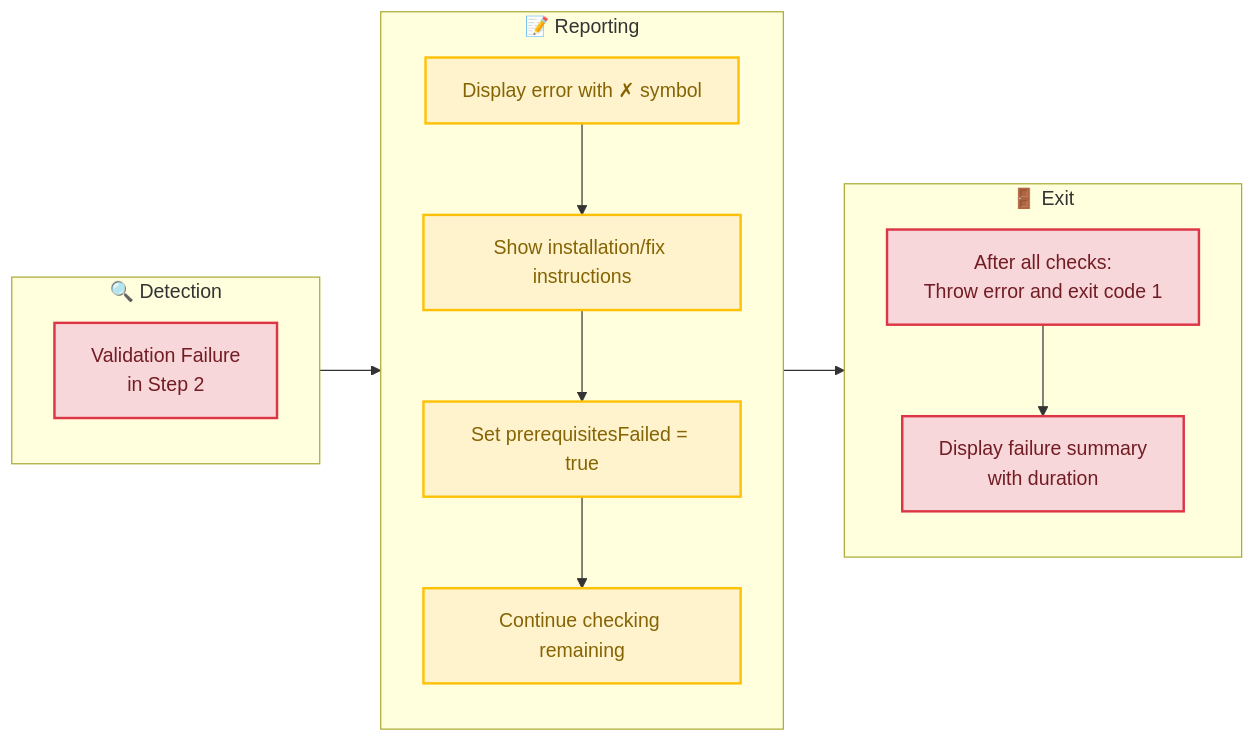
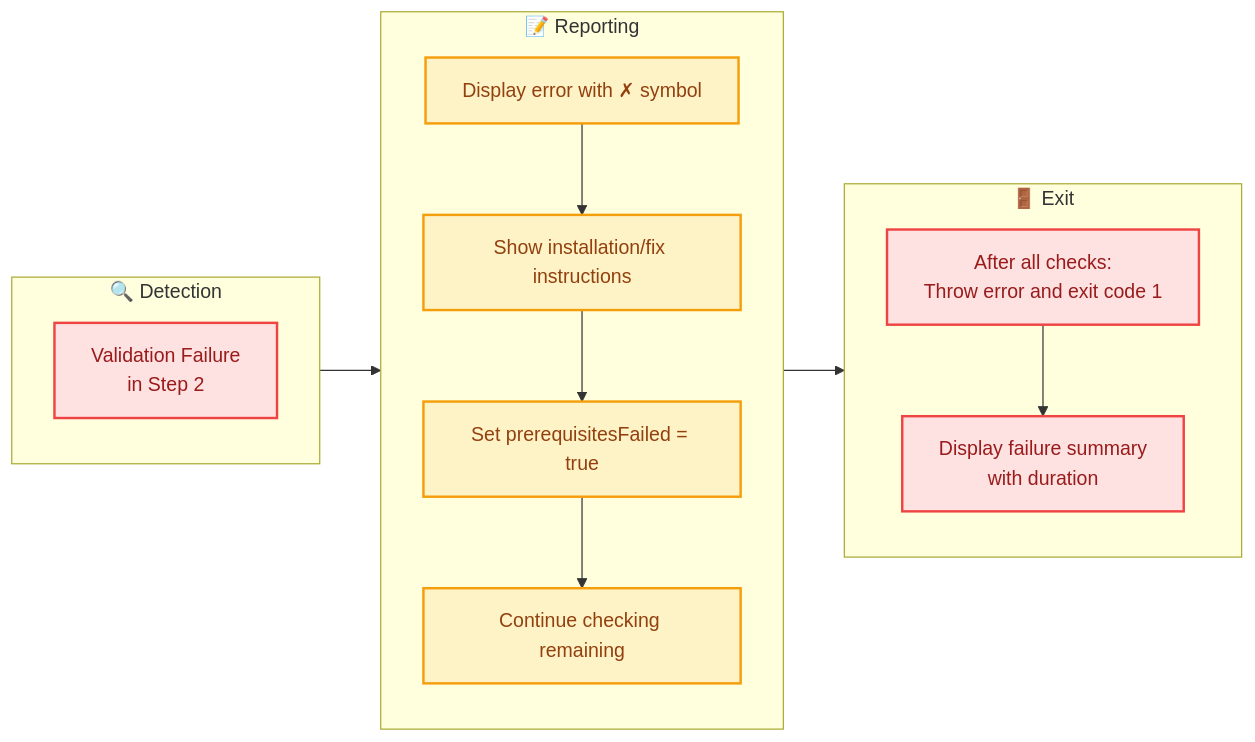
The fifth of 7 diagrams in docs/hooks/VALIDATION-WORKFLOW.md (Evilazaro/Azure-LogicApps-Monitoring), drawn with Mermaid before and after one commit. The commit also changed other lines of this file and 11 other files, not shown here.

Commit message:
feat(docs): Update diagrams with modern color palette for improved accessibility and clarity

````diff
--- a/docs/hooks/VALIDATION-WORKFLOW.md
+++ b/docs/hooks/VALIDATION-WORKFLOW.md
@@ -339,34 +339,34 @@
 ```mermaid
 flowchart LR
     subgraph Detection["🔍 Detection"]
         direction TB
         Failure["Validation Failure<br/>in Step 2"]
     end
 
     subgraph Reporting["📝 Reporting"]
         direction TB
         Display["Display error with ✗ symbol"]
         Instructions["Show installation/fix instructions"]
         SetFlag["Set prerequisitesFailed = true"]
         Continue["Continue checking remaining"]
         Display --> Instructions
         Instructions --> SetFlag
         SetFlag --> Continue
     end
 
     subgraph ExitPhase["🚪 Exit"]
         direction TB
         ThrowError["After all checks:<br/>Throw error and exit code 1"]
         FailureSummary["Display failure summary<br/>with duration"]
         ThrowError --> FailureSummary
     end
 
     Detection --> Reporting
     Reporting --> ExitPhase
 
-    classDef failureClass fill:#f8d7da,stroke:#dc3545,stroke-width:2px,color:#721c24
-    classDef processClass fill:#fff3cd,stroke:#ffc107,stroke-width:2px,color:#856404
+    classDef failureClass fill:#FEE2E2,stroke:#EF4444,stroke-width:2px,color:#991B1B
+    classDef processClass fill:#FEF3C7,stroke:#F59E0B,stroke-width:2px,color:#92400E
 
     class Failure,ThrowError,FailureSummary failureClass
     class Display,Instructions,SetFlag,Continue processClass
 ```
````
